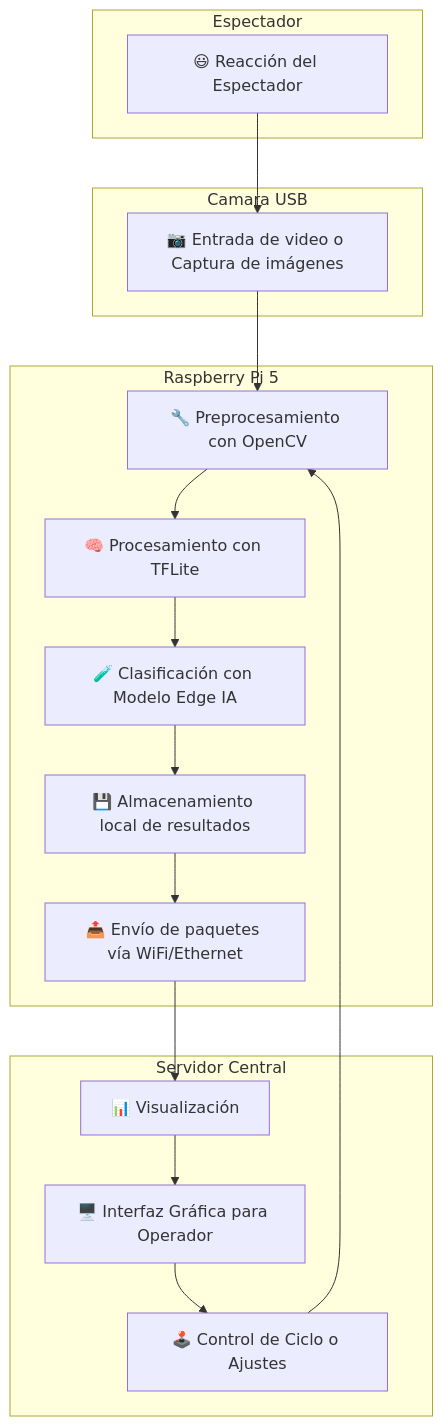
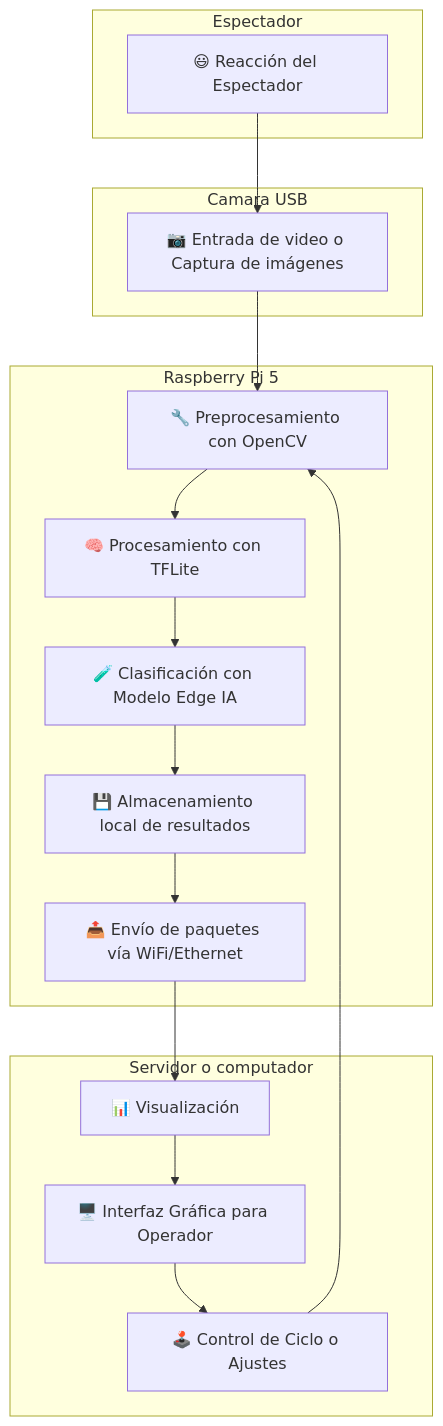
Before and after one commit to lestorres/Reconocimiento_clasificacion_de_expresiones: the diagram in docs/integracion.md, drawn with Mermaid. The commit also changed other lines of this file, not shown here.

````diff
--- a/docs/integracion.md
+++ b/docs/integracion.md
@@ -4,37 +5,37 @@
 ```mermaid
 flowchart TB
 
     subgraph Espectador
         Z[😃 Reacción del Espectador]
     end
 
     subgraph Camara USB
         A[📷 Entrada de video o Captura de imágenes]
     end
 
     subgraph Raspberry Pi 5
         B[🔧 Preprocesamiento con OpenCV]
         C[🧠 Procesamiento con TFLite]
         D[🧪 Clasificación con Modelo Edge IA]
         E[💾 Almacenamiento local de resultados]
         F[📤 Envío de paquetes vía WiFi/Ethernet]
     end
 
-    subgraph Servidor Central
+    subgraph Servidor o computador 
         G[📊 Visualización]
         H[🖥️ Interfaz Gráfica para Operador]
         I[🕹️ Control de Ciclo o Ajustes]
     end
 
     Z --> A
     A --> B
     B --> C
     C --> D
     D --> E
     E --> F
     F --> G
     G --> H
     H --> I
     I --> B
 
 ```
````
